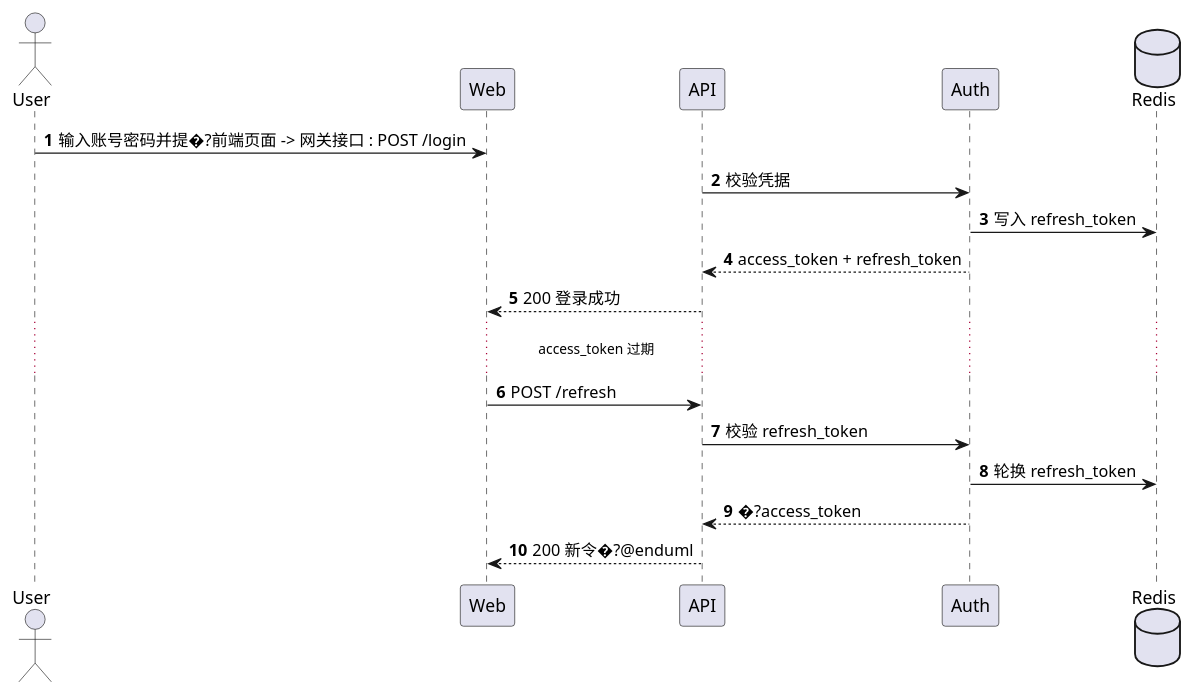
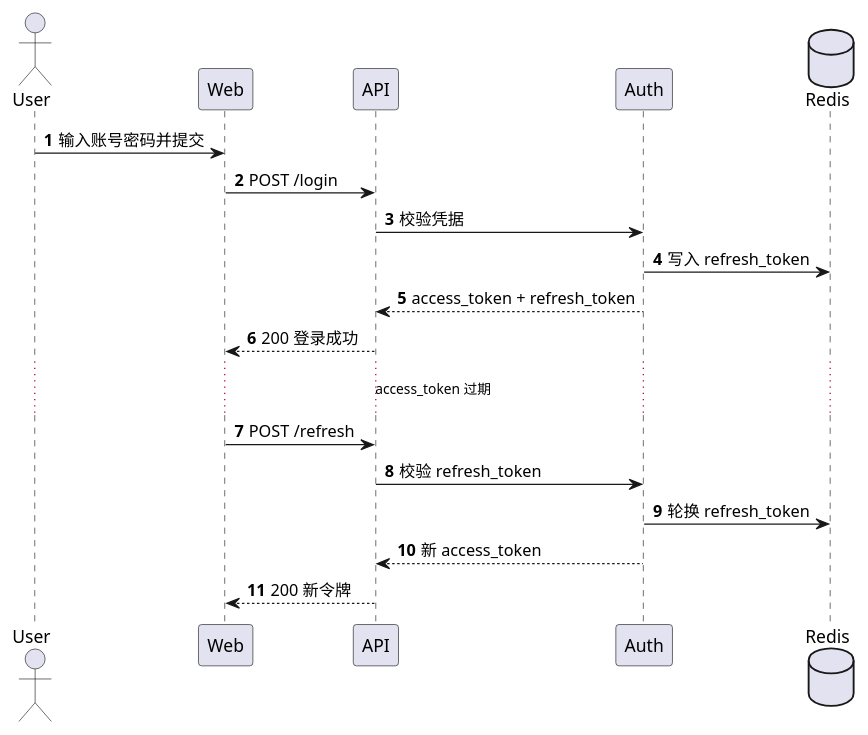
The eighth of 9 diagrams in src/content/posts/markdown-plantuml.md (Mical-517/Firefly-blog), drawn with PlantUML before and after one commit. The commit also changed other lines of this file and 12 other files, not shown here.

````diff
--- a/src/content/posts/markdown-plantuml.md
+++ b/src/content/posts/markdown-plantuml.md
@@ -189,23 +198,25 @@
 ```plantuml
 @startuml
 autonumber
 actor User as 用户
 participant Web as 前端页面
 participant API as 网关接口
 participant Auth as 认证服务
 database Redis as 会话缓存
 
-用户 -> 前端页面 : 输入账号密码并提�?前端页面 -> 网关接口 : POST /login
+用户 -> 前端页面 : 输入账号密码并提交
+前端页面 -> 网关接口 : POST /login
 网关接口 -> 认证服务 : 校验凭据
 认证服务 -> 会话缓存 : 写入 refresh_token
 认证服务 --> 网关接口 : access_token + refresh_token
 网关接口 --> 前端页面 : 200 登录成功
 
 ... access_token 过期 ...
 
 前端页面 -> 网关接口 : POST /refresh
 网关接口 -> 认证服务 : 校验 refresh_token
 认证服务 -> 会话缓存 : 轮换 refresh_token
-认证服务 --> 网关接口 : �?access_token
-网关接口 --> 前端页面 : 200 新令�?@enduml
+认证服务 --> 网关接口 : 新 access_token
+网关接口 --> 前端页面 : 200 新令牌
+@enduml
 ```
````
